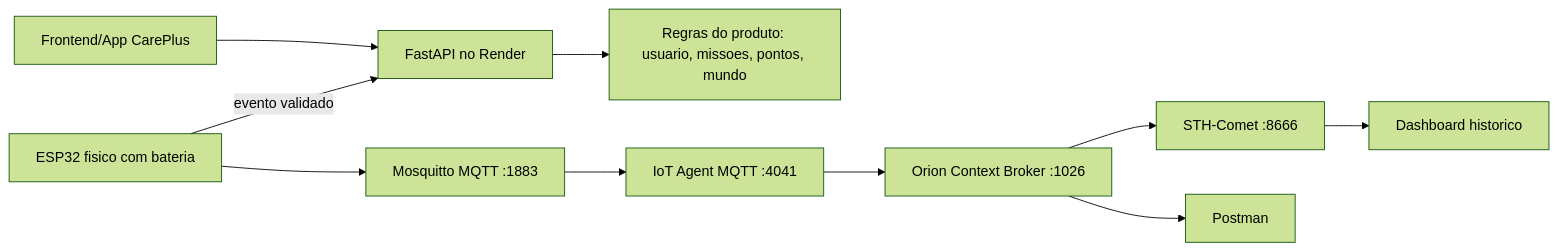
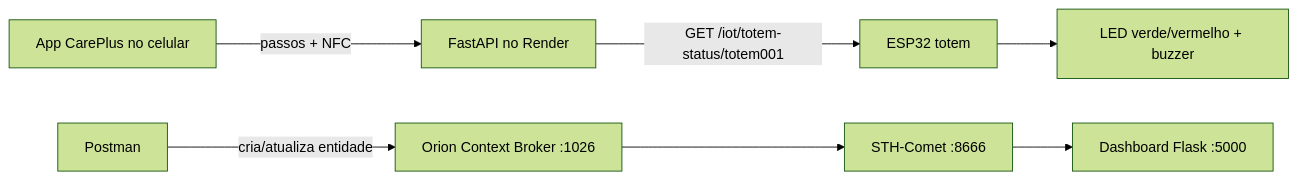
One commit to UMKTO-CarePlus/sprint03-edgecomputing changed the diagram in docs/sprint03-render-fiware.md. Above: the diagram before and after it, drawn with Mermaid (forest theme). The commit also changed other lines of this file and 10 other files, not shown here.

Commit message:
feat: align edge flow with NFC totem dashboard

````diff
--- a/docs/sprint03-render-fiware.md
+++ b/docs/sprint03-render-fiware.md
@@ -7,14 +7,9 @@
 ```mermaid
 flowchart LR
-    F["Frontend/App CarePlus"] --> R["FastAPI no Render"]
-    R --> B["Regras do produto: usuario, missoes, pontos, mundo"]
-
-    E["ESP32 fisico com bateria"] --> M["Mosquitto MQTT :1883"]
-    M --> A["IoT Agent MQTT :4041"]
-    A --> O["Orion Context Broker :1026"]
+    A["App CarePlus no celular"] -->|"passos + NFC"| R["FastAPI no Render"]
+    R -->|"GET /iot/totem-status/totem001"| E["ESP32 totem"]
+    E --> L["LED verde/vermelho + buzzer"]
+    P["Postman"] -->|"cria/atualiza entidade"| O["Orion Context Broker :1026"]
     O --> S["STH-Comet :8666"]
-    S --> D["Dashboard historico"]
-    O --> P["Postman"]
-
-    E -->|"evento validado"| R
+    S --> D["Dashboard Flask :5000"]
 ```
````
